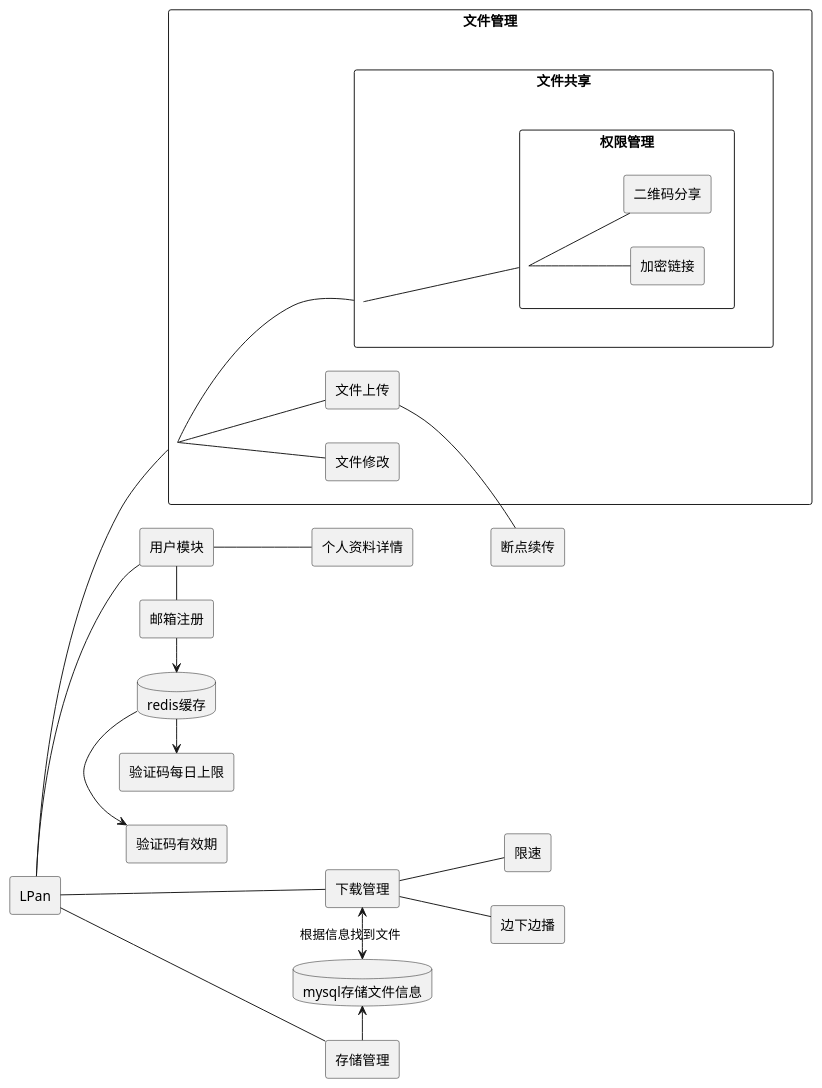
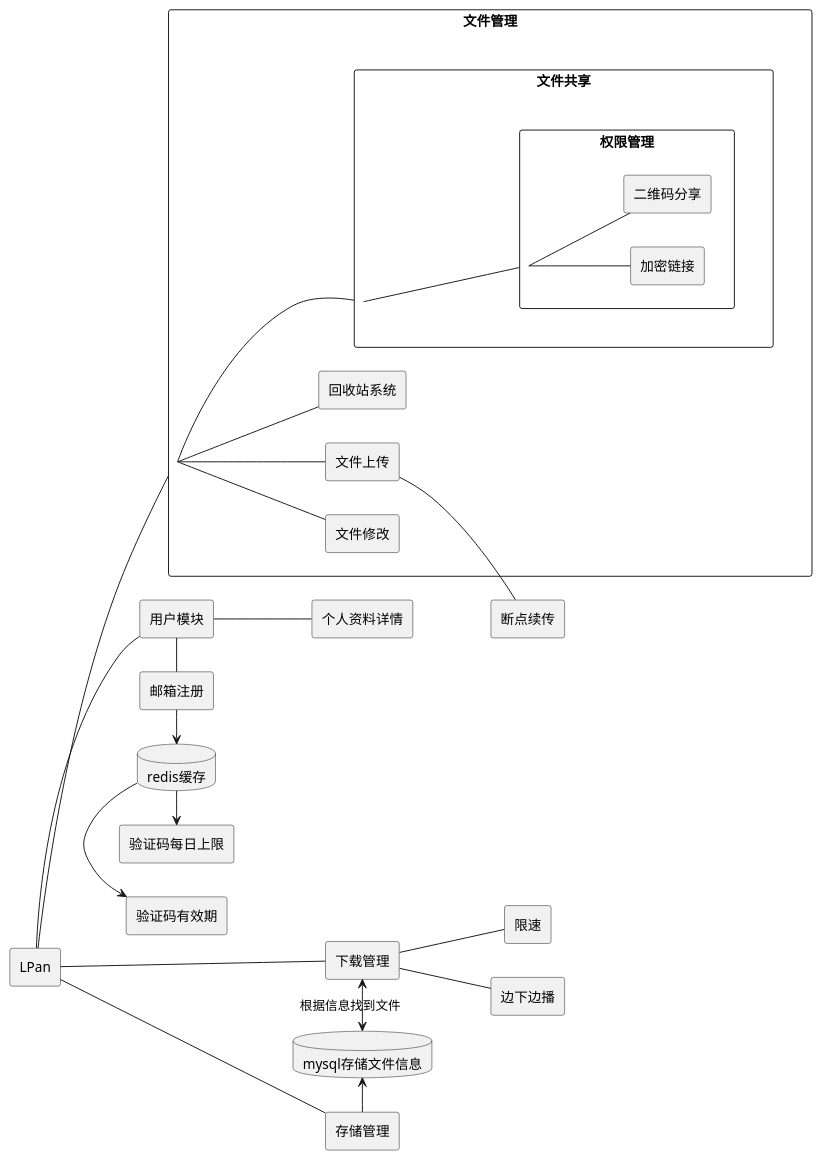
The diagram in LPan.puml (lluckyboi/LPan), drawn with PlantUML before and after one commit. The commit also changed 1 other file, not shown here.

Commit message:
架构图新增回收站系统

```diff
--- a/LPan.puml
+++ b/LPan.puml
@@ -1,82 +1,85 @@
 @startuml
 left to right direction
 skinparam packageStyle rectangle
 
 rectangle  LPan
 
 
 rectangle 用户模块{
     LPan -- 用户模块
 }
 rectangle 邮箱注册{
     用户模块 - 邮箱注册
 }
 database redis[
     redis缓存
 ]
 redis ->验证码有效期
 redis ->验证码每日上限
 邮箱注册 -> redis
 rectangle 验证码有效期{
 }
 rectangle 验证码每日上限{
 }
 rectangle 个人资料详情{
     用户模块  -- 个人资料详情
 }
 
 
 
 
 rectangle 存储管理{
     LPan -- 存储管理
 }
 database mysql[
 mysql存储文件信息
 ]
 mysql <- 存储管理
 
 下载管理<->mysql:根据信息找到文件
 
 
 
 rectangle 文件管理{
     LPan -- 文件管理
 }
 rectangle 文件管理{
    文件管理--文件共享
    文件管理--文件修改
    文件管理--文件上传
+   文件管理--回收站系统
 }
 rectangle 文件修改{
 }
 rectangle 文件上传{
- }
+}
+rectangle 回收站系统{
+}
 rectangle 文件共享{
     文件共享 -- 权限管理
 }
 rectangle 权限管理 {
     权限管理--加密链接
     权限管理--二维码分享
 }
 rectangle 加密链接{
 }
 rectangle 二维码分享{
 }
 
 
 
 rectangle 下载管理{
     LPan---下载管理
 }
 rectangle 限速{
    下载管理--限速
 }
 rectangle 边下边播{
    下载管理--边下边播
 }
 rectangle 断点续传{
     文件上传--断点续传
 }
 
 @enduml
```
